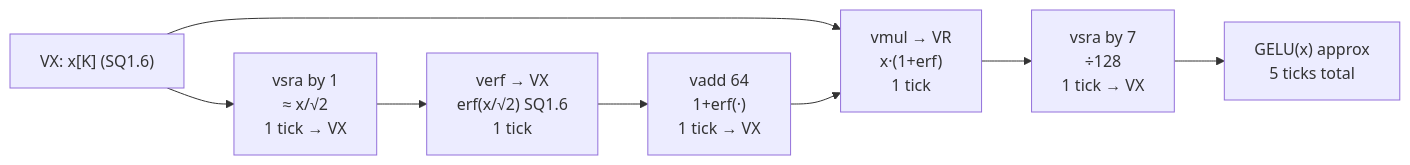
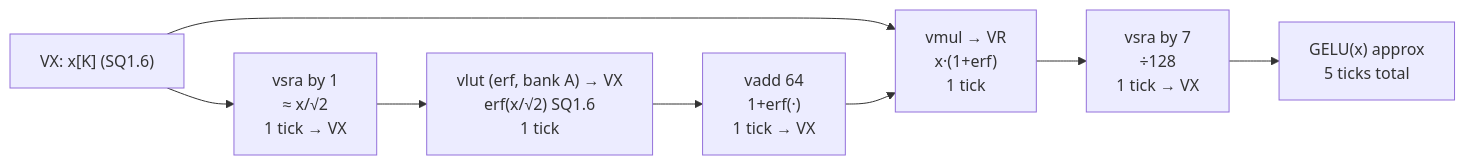
The fourth of 4 diagrams in docs/implementations/VectorALU.md (mpskex/chisel-npu), drawn with Mermaid before and after one commit. The commit also changed other lines of this file and 3 other files, not shown here.

````diff
--- a/docs/implementations/VectorALU.md
+++ b/docs/implementations/VectorALU.md
@@ -422,11 +440,11 @@
 ```mermaid
 flowchart LR
     X["VX: x[K] (SQ1.6)"]
     X --> A["vsra by 1\n≈ x/√2\n1 tick → VX"]
-    A --> B["verf → VX\nerf(x/√2) SQ1.6\n1 tick"]
+    A --> B["vlut (erf, bank A) → VX\nerf(x/√2) SQ1.6\n1 tick"]
     B --> C["vadd 64\n1+erf(·)\n1 tick → VX"]
     X --> D["vmul → VR\nx·(1+erf)\n1 tick"]
     C --> D
     D --> E["vsra by 7\n÷128\n1 tick → VX"]
     E --> F["GELU(x) approx\n5 ticks total"]
 ```
````
